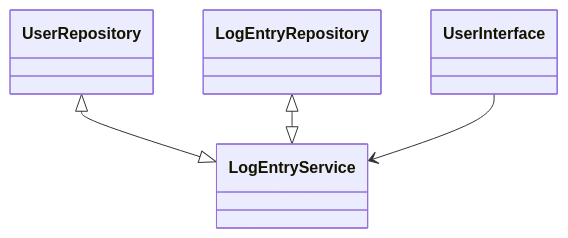
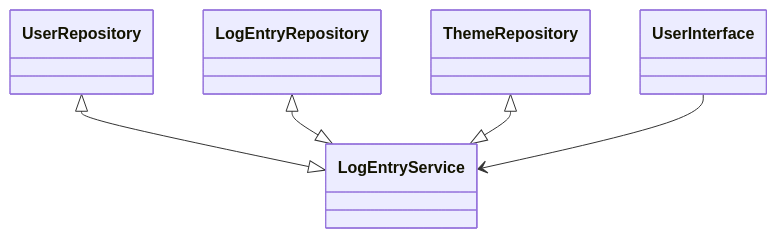
The second of 4 diagrams in training_log_app/documentation/architecture.md (jooniku/ohjelmistotekniikka_23), drawn with Mermaid before and after one commit. The commit also changed other lines of this file, not shown here.

````diff
--- a/training_log_app/documentation/architecture.md
+++ b/training_log_app/documentation/architecture.md
@@ -58,8 +58,10 @@
 ```mermaid
 classDiagram
     UserRepository <|--|> LogEntryService
     
     LogEntryRepository <|--|> LogEntryService
     
+    ThemeRepository <|--|> LogEntryService
+    
     UserInterface --> LogEntryService
 ```
````
